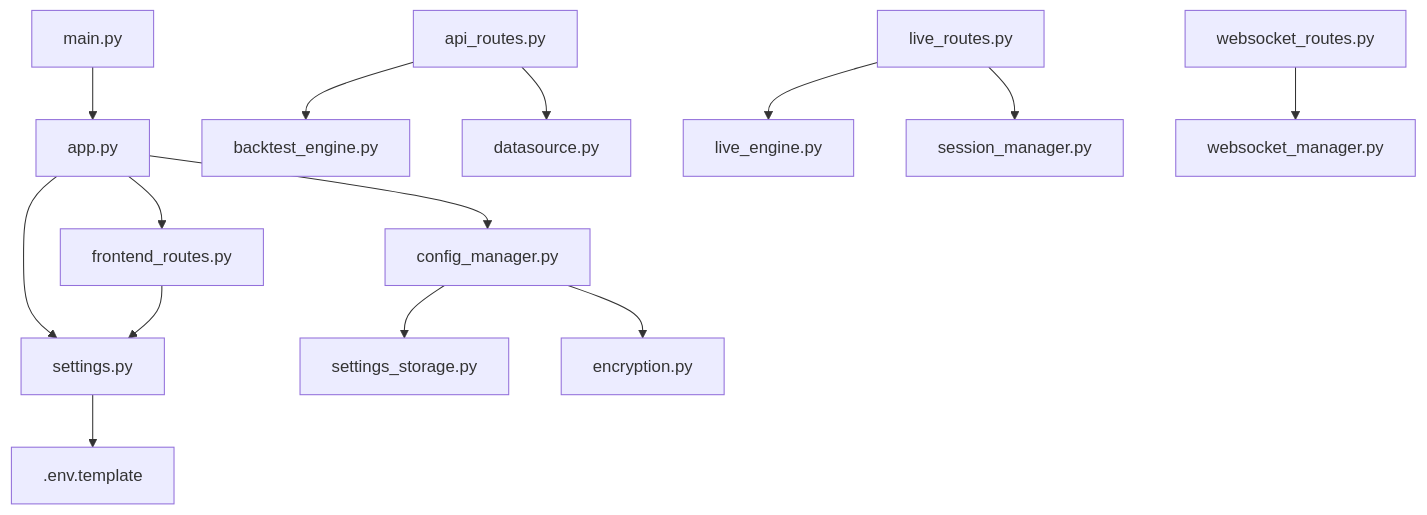
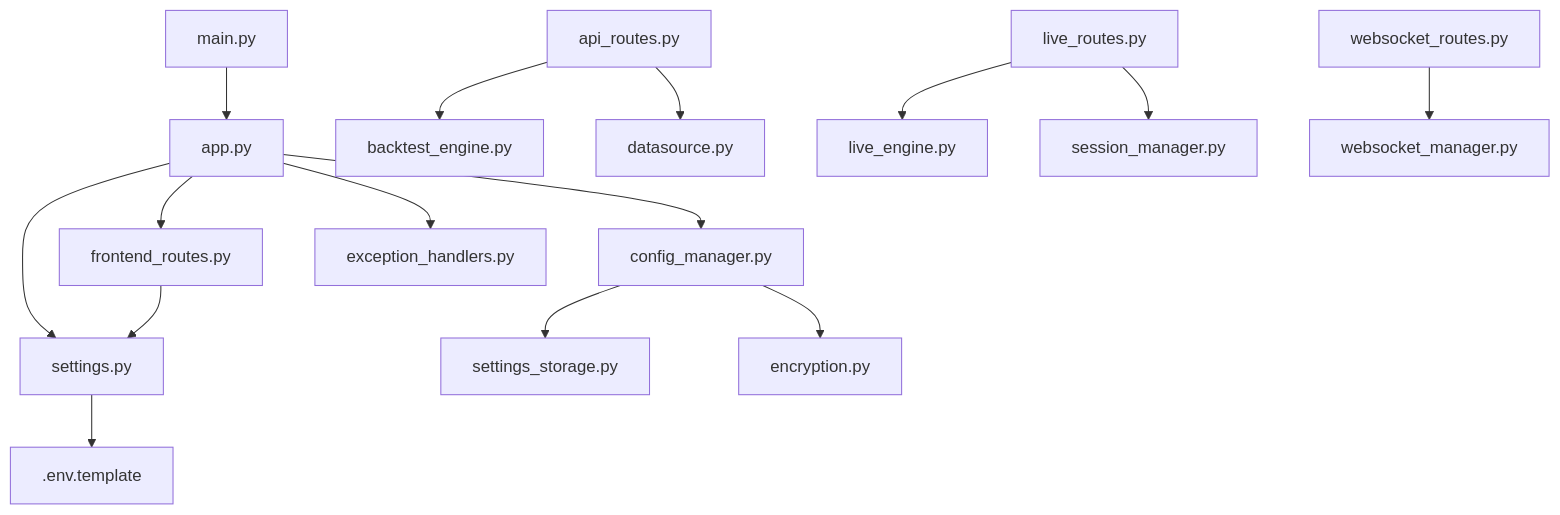
The seventh of 7 diagrams in .qoder/repowiki/zh/content/后端架构/应用配置与启动.md (faryhuo/backtrader), drawn with Mermaid before and after one commit. The commit also changed other lines of this file and 17 other files, not shown here.

````diff
--- a/.qoder/repowiki/zh/content/后端架构/应用配置与启动.md
+++ b/.qoder/repowiki/zh/content/后端架构/应用配置与启动.md
@@ -282,16 +298,17 @@
 ```mermaid
 graph TD
 main.py[main.py] --> app.py[app.py]
 app.py --> settings.py[settings.py]
 app.py --> config_manager.py[config_manager.py]
 app.py --> frontend_routes.py[frontend_routes.py]
+app.py --> exception_handlers.py[exception_handlers.py]
 settings.py --> .env.template[.env.template]
 config_manager.py --> settings_storage.py[settings_storage.py]
 config_manager.py --> encryption.py[encryption.py]
 frontend_routes.py --> settings.py
 api_routes.py --> backtest_engine.py[backtest_engine.py]
 api_routes.py --> datasource.py[datasource.py]
 live_routes.py --> live_engine.py[live_engine.py]
 live_routes.py --> session_manager.py[session_manager.py]
 websocket_routes.py --> websocket_manager.py[websocket_manager.py]
 ```
````
